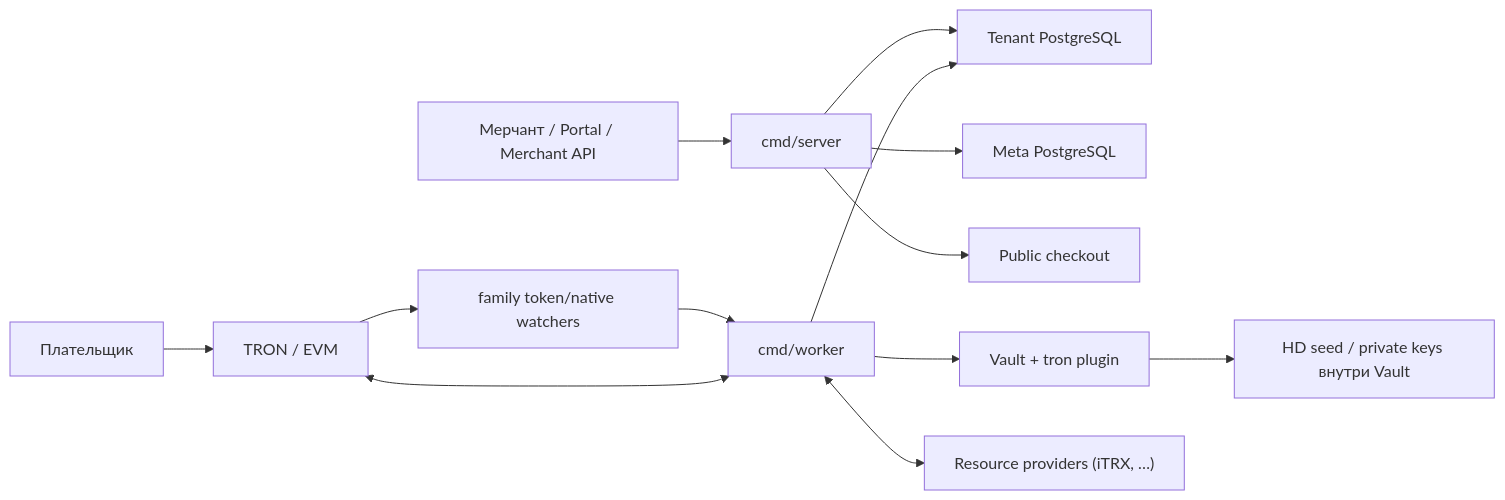
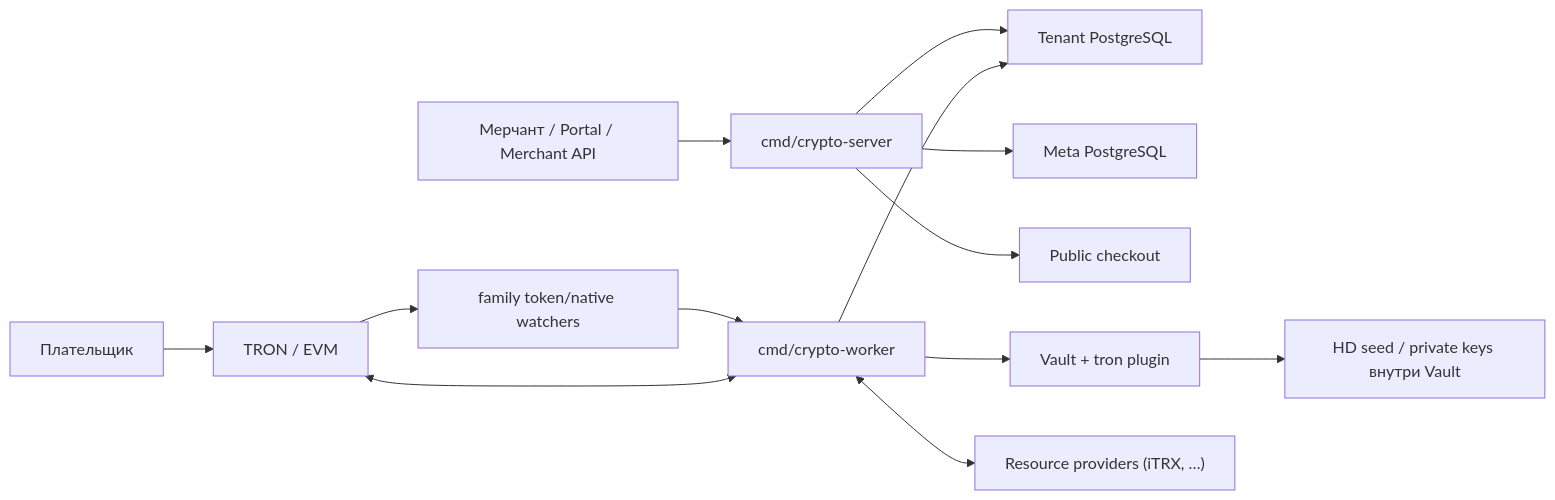
Before and after one commit to alex-bogatiuk/metapus: the diagram in docs/crypto/crypto-processing-architecture.md, drawn with Mermaid. The commit also changed other lines of this file and 36 other files, not shown here.

````diff
--- a/docs/crypto/crypto-processing-architecture.md
+++ b/docs/crypto/crypto-processing-architecture.md
@@ -70,15 +70,15 @@
 ```mermaid
 flowchart LR
-    Merchant["Мерчант / Portal / Merchant API"] --> Server["cmd/server"]
+    Merchant["Мерчант / Portal / Merchant API"] --> Server["cmd/crypto-server"]
     Customer["Плательщик"] --> Chain["TRON / EVM"]
     Server --> TenantDB["Tenant PostgreSQL"]
     Server --> MetaDB["Meta PostgreSQL"]
     Server --> Checkout["Public checkout"]
-    Worker["cmd/worker"] --> TenantDB
+    Worker["cmd/crypto-worker"] --> TenantDB
     Worker <--> Chain
     Worker --> Vault["Vault + tron plugin"]
     Worker <--> Resources["Resource providers (iTRX, …)"]
     Vault --> Seed["HD seed / private keys внутри Vault"]
     Chain --> Watcher["family token/native watchers"]
     Watcher --> Worker
 ```
````
